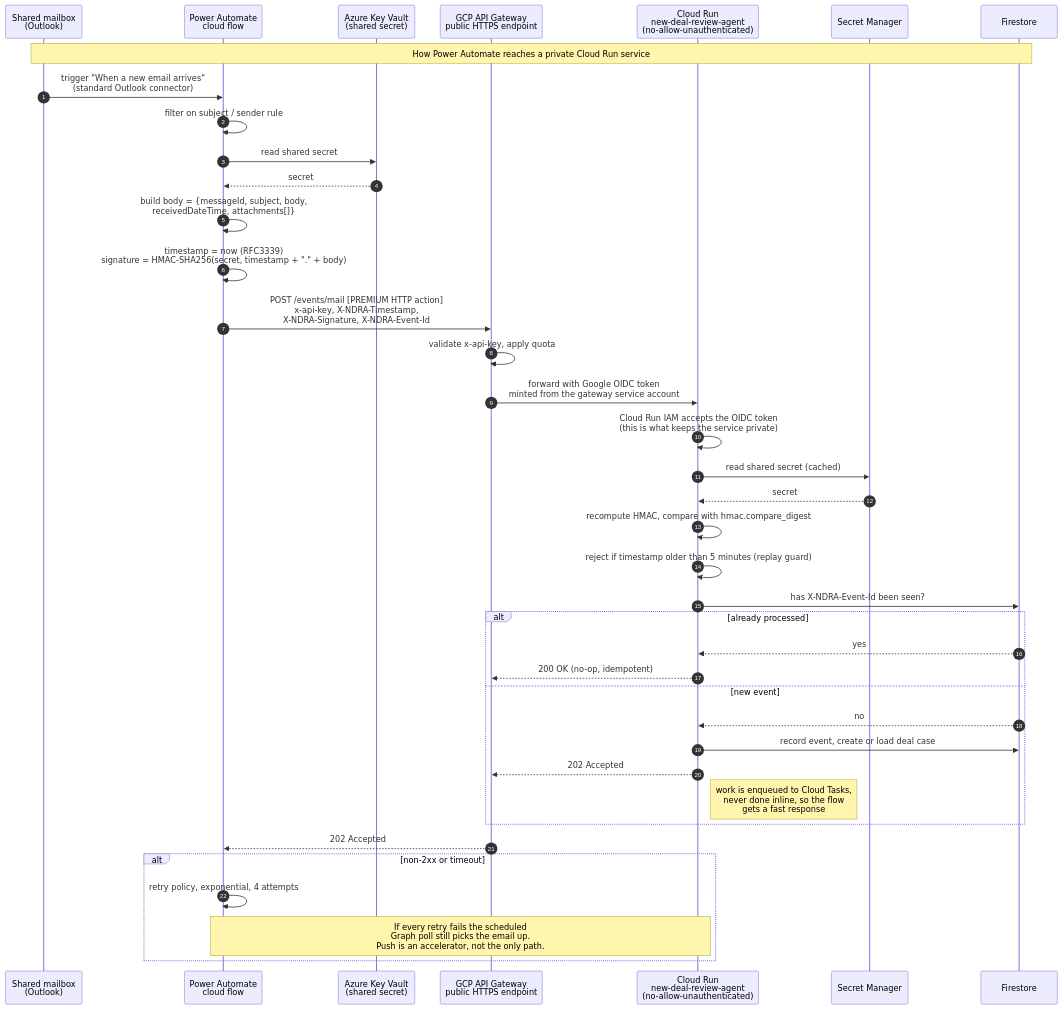
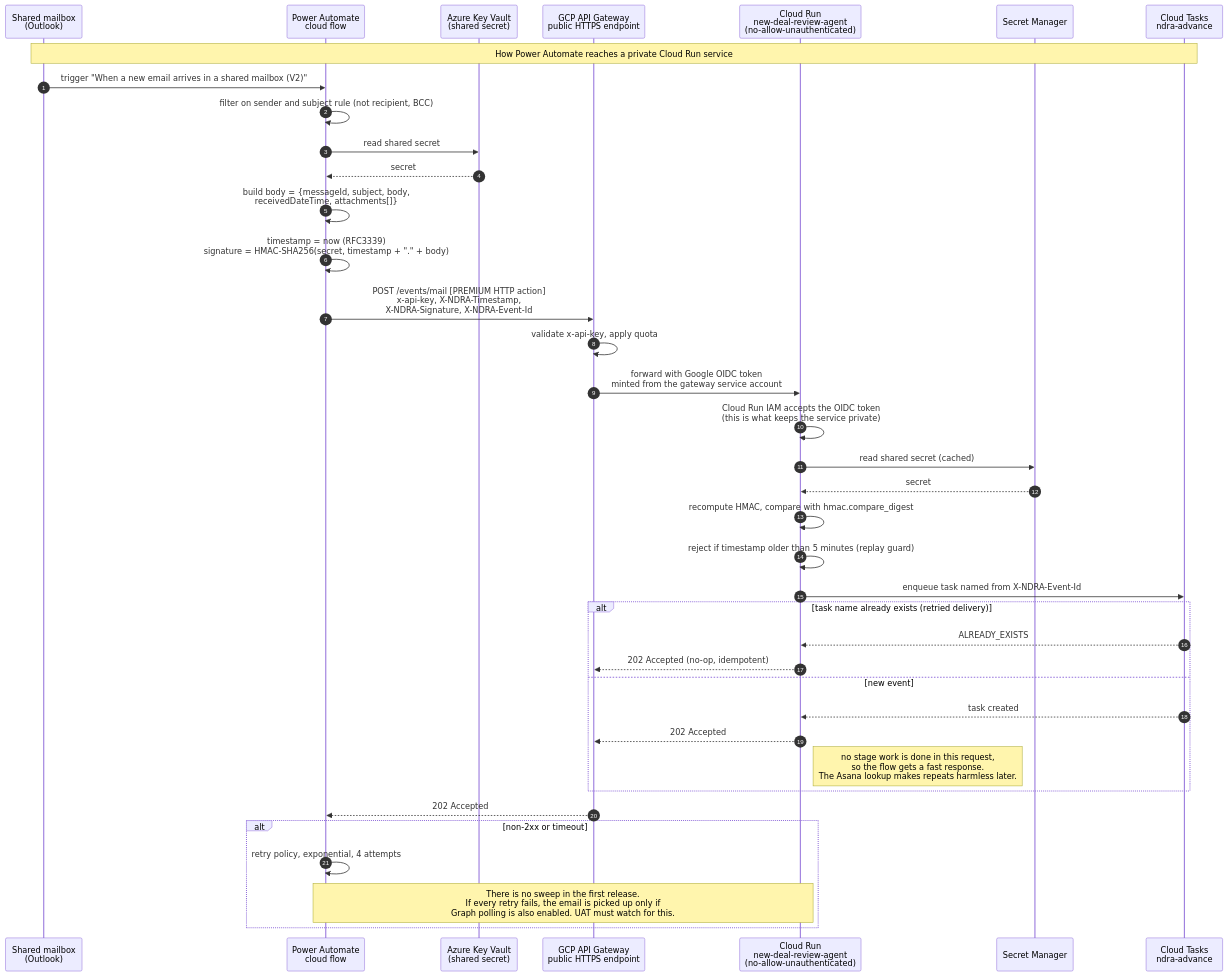
The diagram in docs/plan/diagrams/mmd/08-power-automate-ingress.mmd (raj-barshikar-sp/deal_review_agent_wf1), drawn with Mermaid before and after one commit. The commit also changed 21 other files, not shown here.

Commit message:
updated diagrams

```diff
--- a/docs/plan/diagrams/mmd/08-power-automate-ingress.mmd
+++ b/docs/plan/diagrams/mmd/08-power-automate-ingress.mmd
@@ -1,48 +1,47 @@
 sequenceDiagram
     autonumber
     participant MBX as Shared mailbox<br/>(Outlook)
     participant PA as Power Automate<br/>cloud flow
     participant KV as Azure Key Vault<br/>(shared secret)
     participant AGW as GCP API Gateway<br/>public HTTPS endpoint
     participant CR as Cloud Run<br/>new-deal-review-agent<br/>(no-allow-unauthenticated)
     participant SM as Secret Manager
-    participant FS as Firestore
+    participant TQ as Cloud Tasks<br/>ndra-advance
 
-    Note over MBX,FS: How Power Automate reaches a private Cloud Run service
+    Note over MBX,TQ: How Power Automate reaches a private Cloud Run service
 
-    MBX->>PA: trigger "When a new email arrives"<br/>(standard Outlook connector)
-    PA->>PA: filter on subject / sender rule
+    MBX->>PA: trigger "When a new email arrives in a shared mailbox (V2)"
+    PA->>PA: filter on sender and subject rule (not recipient, BCC)
     PA->>KV: read shared secret
     KV-->>PA: secret
 
     PA->>PA: build body = {messageId, subject, body,<br/>receivedDateTime, attachments[]}
     PA->>PA: timestamp = now (RFC3339)<br/>signature = HMAC-SHA256(secret, timestamp + "." + body)
 
     PA->>AGW: POST /events/mail  [PREMIUM HTTP action]<br/>x-api-key, X-NDRA-Timestamp,<br/>X-NDRA-Signature, X-NDRA-Event-Id
 
     AGW->>AGW: validate x-api-key, apply quota
     AGW->>CR: forward with Google OIDC token<br/>minted from the gateway service account
     CR->>CR: Cloud Run IAM accepts the OIDC token<br/>(this is what keeps the service private)
 
     CR->>SM: read shared secret (cached)
     SM-->>CR: secret
     CR->>CR: recompute HMAC, compare with hmac.compare_digest
     CR->>CR: reject if timestamp older than 5 minutes (replay guard)
 
-    CR->>FS: has X-NDRA-Event-Id been seen?
-    alt already processed
-        FS-->>CR: yes
-        CR-->>AGW: 200 OK (no-op, idempotent)
+    CR->>TQ: enqueue task named from X-NDRA-Event-Id
+    alt task name already exists (retried delivery)
+        TQ-->>CR: ALREADY_EXISTS
+        CR-->>AGW: 202 Accepted (no-op, idempotent)
     else new event
-        FS-->>CR: no
-        CR->>FS: record event, create or load deal case
+        TQ-->>CR: task created
         CR-->>AGW: 202 Accepted
-        Note right of CR: work is enqueued to Cloud Tasks,<br/>never done inline, so the flow<br/>gets a fast response
+        Note right of CR: no stage work is done in this request,<br/>so the flow gets a fast response.<br/>The Asana lookup makes repeats harmless later.
     end
 
     AGW-->>PA: 202 Accepted
 
     alt non-2xx or timeout
         PA->>PA: retry policy, exponential, 4 attempts
-        Note over PA,CR: If every retry fails the scheduled<br/>Graph poll still picks the email up.<br/>Push is an accelerator, not the only path.
+        Note over PA,CR: There is no sweep in the first release.<br/>If every retry fails, the email is picked up only if<br/>Graph polling is also enabled. UAT must watch for this.
     end
```
